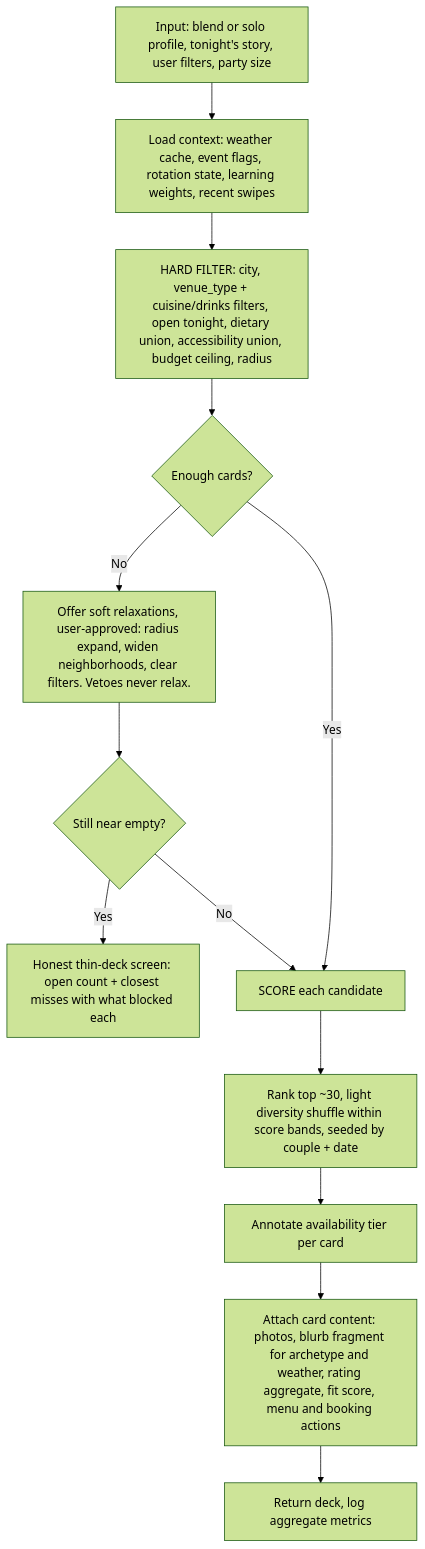
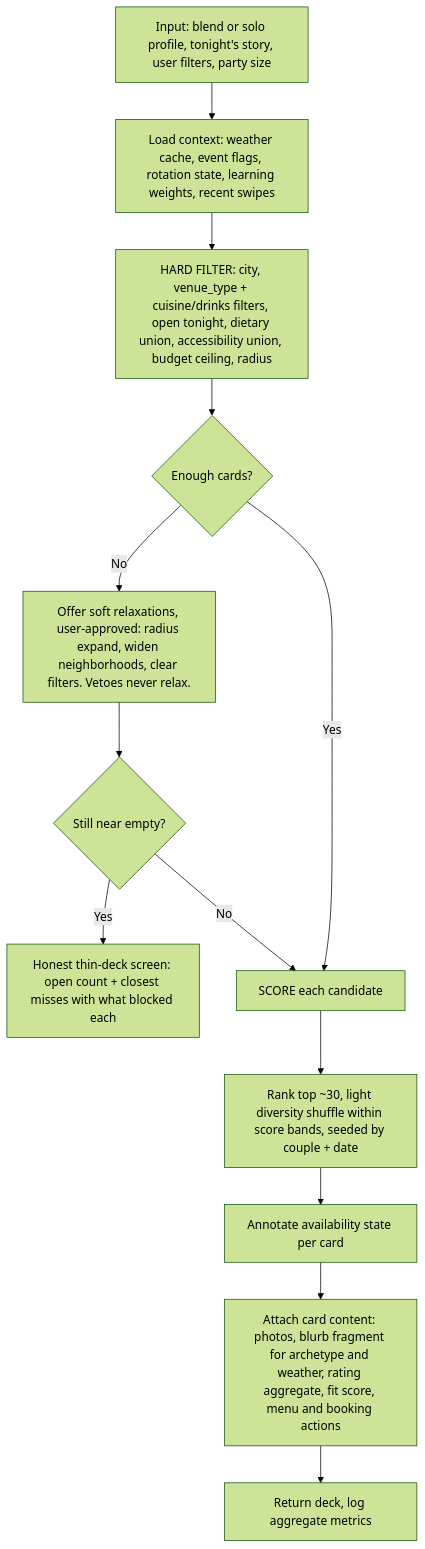
One commit to jsimo20/where2eat changed the fourth of 7 diagrams in docs/technical-design.md. Above: the diagram before and after it, drawn with Mermaid (forest theme). The commit also changed other lines of this file and 3 other files, not shown here.

````diff
--- a/docs/technical-design.md
+++ b/docs/technical-design.md
@@ -244,15 +245,15 @@
 ```mermaid
 flowchart TD
     A["Input: blend or solo profile, tonight's story, user filters, party size"] --> B[Load context: weather cache, event flags, rotation state, learning weights, recent swipes]
     B --> C["HARD FILTER: city, venue_type + cuisine/drinks filters, open tonight, dietary union, accessibility union, budget ceiling, radius"]
     C --> D{Enough cards?}
     D -->|No| E["Offer soft relaxations, user-approved: radius expand, widen neighborhoods, clear filters. Vetoes never relax."]
     E --> C2{Still near empty?}
     C2 -->|Yes| F[Honest thin-deck screen: open count + closest misses with what blocked each]
     C2 -->|No| G
     D -->|Yes| G[SCORE each candidate]
     G --> H["Rank top ~30, light diversity shuffle within score bands, seeded by couple + date"]
-    H --> I[Annotate availability tier per card]
+    H --> I[Annotate availability state per card]
     I --> J["Attach card content: photos, blurb fragment for archetype and weather, rating aggregate, fit score, menu and booking actions"]
     J --> K[Return deck, log aggregate metrics]
 ```
````
